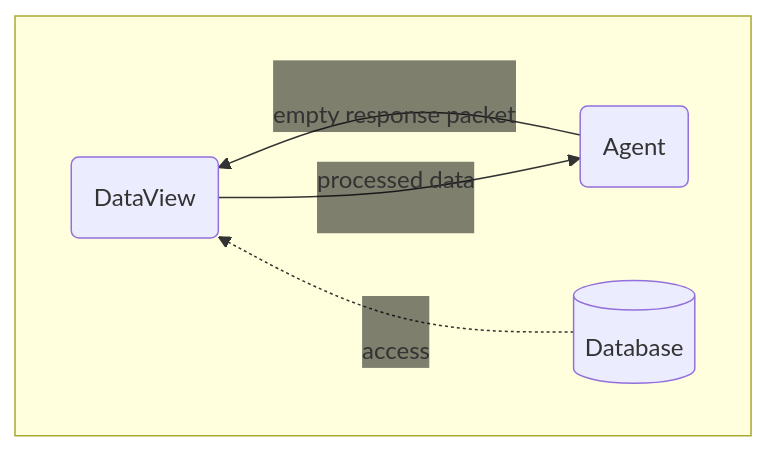
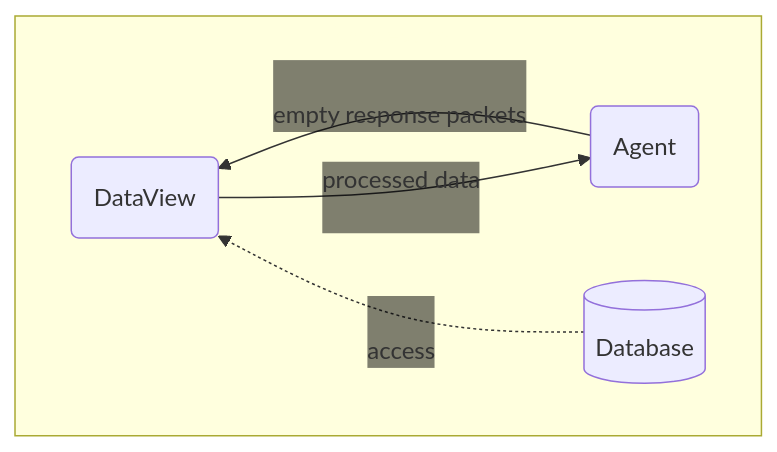
Before and after one commit to ryancardenas/marketresearch: the second of 5 diagrams in README.md, drawn with Mermaid. The commit also changed other lines of this file, not shown here.

Commit message:
Pluralize labels in Use Cases graphs of README.md

````diff
--- a/README.md
+++ b/README.md
@@ -36,11 +36,11 @@
 ```mermaid
 %%{init: {'theme': 'default', 'themeVariables': { 'titleColor': '#0000FF', 'edgeLabelBackground': 'transparent'}}}%%
 graph RL
     subgraph Backtesting
     direction RL
-        BacktestingAgent(Agent) -- <br>empty response packet --> BacktestingDataView(DataView)
+        BacktestingAgent(Agent) -- <br>empty response packets --> BacktestingDataView(DataView)
         BacktestingDataView(DataView) -- processed data<br><br> --> BacktestingAgent
         BacktestingDatabase[(Database)] -. <br>access .-> BacktestingDataView
     end
     style Backtesting color:#ffffde
 ```
````
